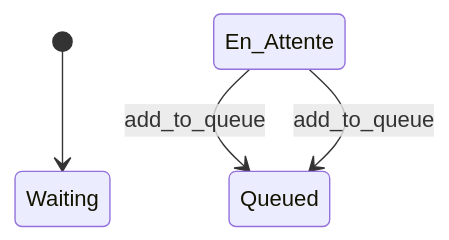
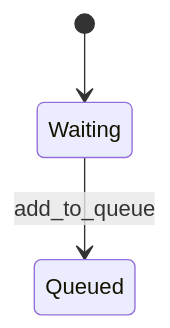
One commit to b2b-info/tp2-administration-librairie-cedricetarnaud changed the diagram in README.md. Above: the diagram before and after it, drawn with Mermaid.

````diff
--- a/README.md
+++ b/README.md
@@ -59,8 +59,5 @@
 ```mermaid
 stateDiagram-v2
     [*] --> Waiting
-
-    En_Attente --> Queued : add_to_queue
-    En_Attente --> Queued : add_to_queue
-
+    Waiting --> Queued : add_to_queue
 ```
````
